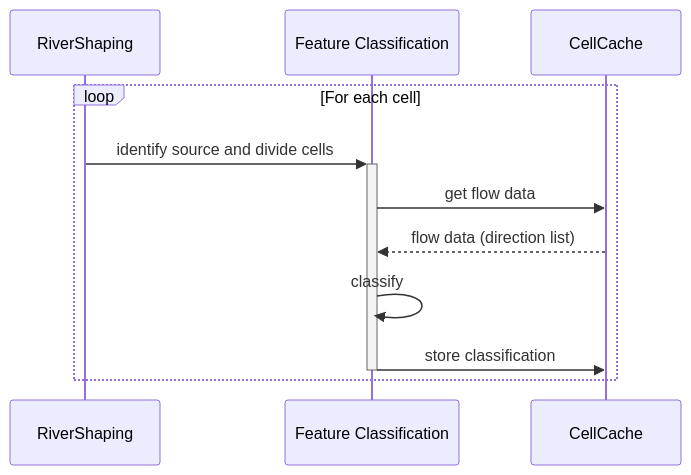
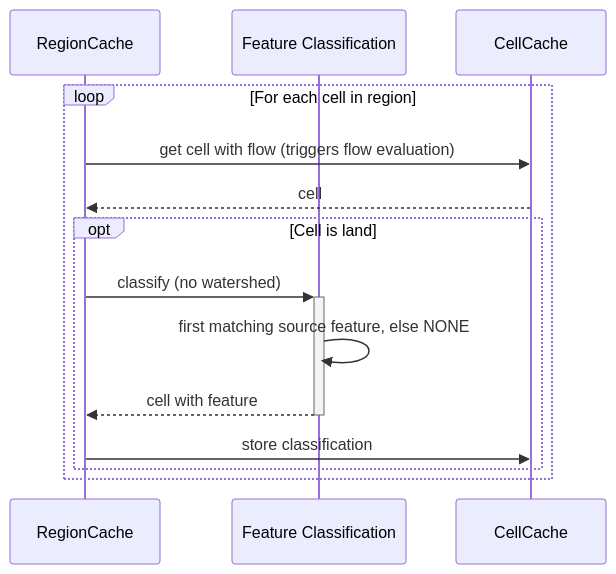
Before and after one commit to SoSly/RiverTale: the tenth of 22 diagrams in docs/features/rivers/Rough Diagrams.md, drawn with Mermaid. The commit also changed other lines of this file and 33 other files, not shown here.

Commit message:
docs: replace stale feature docs with an accurate rough diagrams map

````diff
--- a/docs/features/rivers/Rough Diagrams.md
+++ b/docs/features/rivers/Rough Diagrams.md
@@ -271,14 +334,17 @@
 ```mermaid
 sequenceDiagram
-	participant RiverShaping
+	participant RegionCache
 	participant Features as Feature Classification
 	participant CellCache
 
-	loop For each cell
-		RiverShaping ->>+ Features: identify source and divide cells
-		Features ->> CellCache: get flow data
-		CellCache -->> Features: flow data (direction list)
-		Features ->> Features: classify
-		Features ->>- CellCache: store classification
+	loop For each cell in region
+		RegionCache ->> CellCache: get cell with flow (triggers flow evaluation)
+		CellCache -->> RegionCache: cell
+		opt Cell is land
+			RegionCache ->>+ Features: classify (no watershed)
+			Features ->> Features: first matching source feature, else NONE
+			Features -->>- RegionCache: cell with feature
+			RegionCache ->> CellCache: store classification
+		end
 	end
 ```
````
